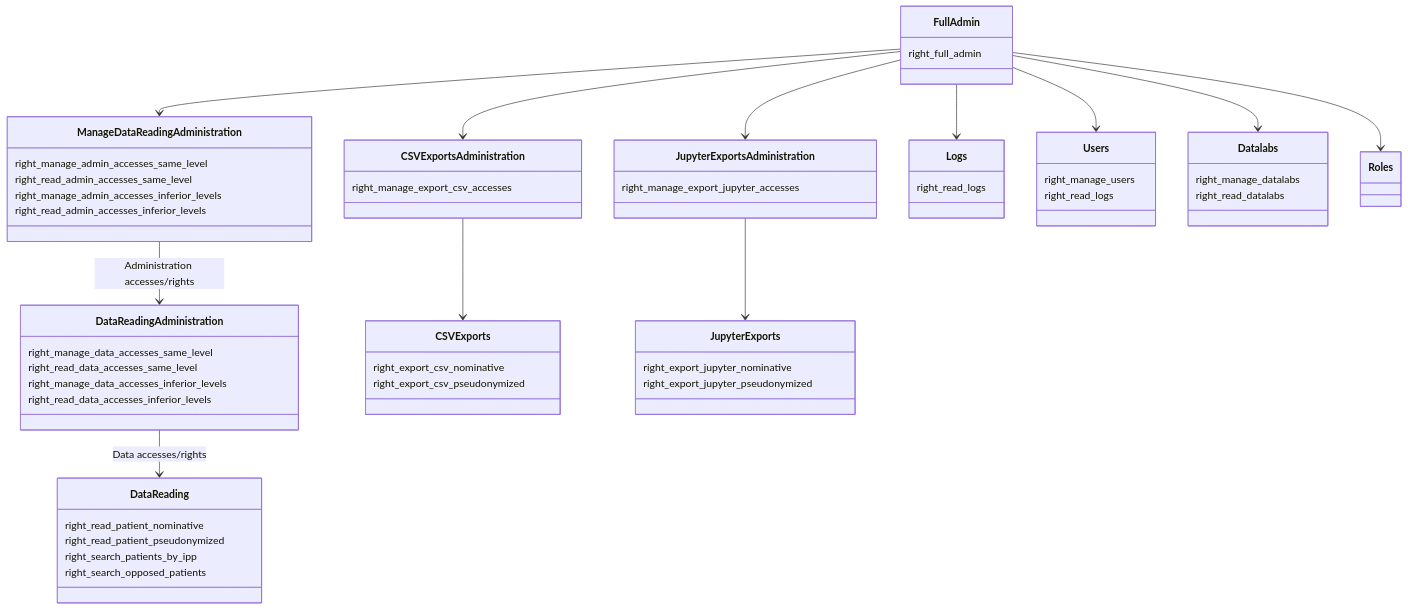
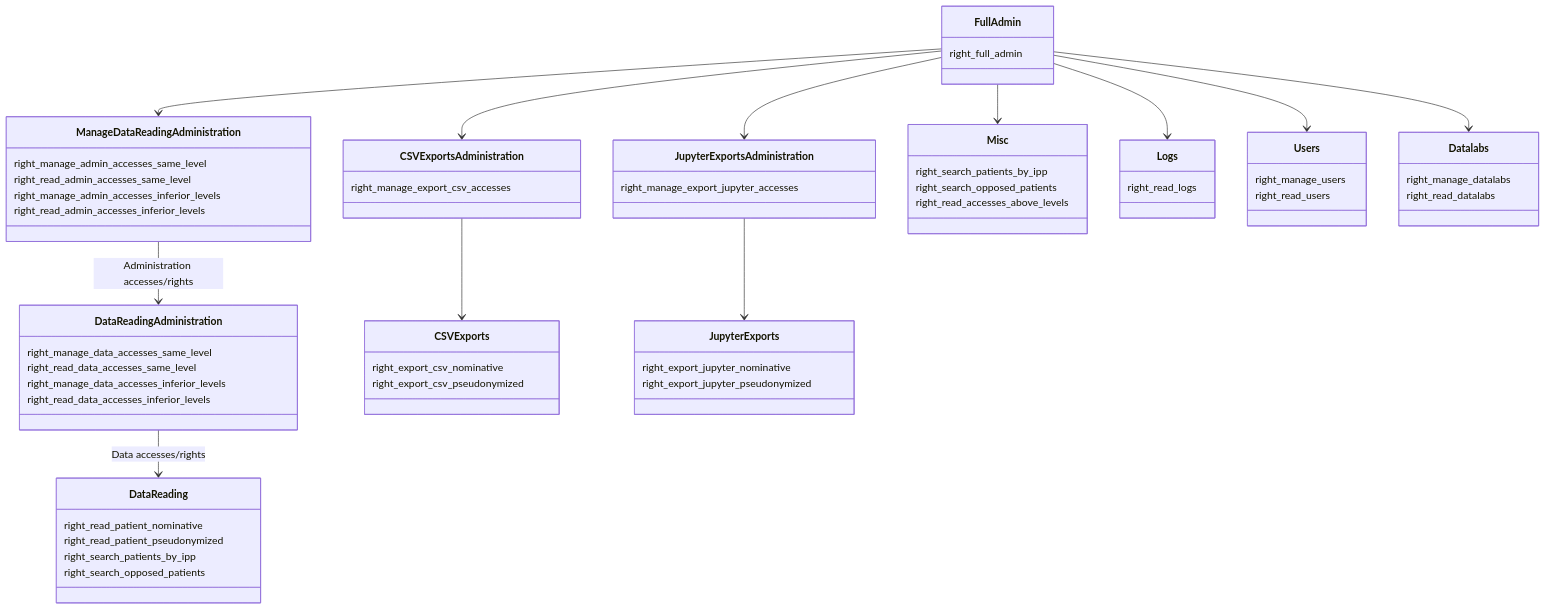
One commit to aphp/Cohort360-Back-end changed the first of 17 diagrams in accesses/rights_schema.md. Above: the diagram before and after it, drawn with Mermaid. The commit also changed 4 other files, not shown here.

Commit message:
refactor: redefine requirement for full_admin right

````diff
--- a/accesses/rights_schema.md
+++ b/accesses/rights_schema.md
@@ -1,65 +1,66 @@
 ```mermaid
 classDiagram
 class FullAdmin {
   right_full_admin
 }
 class ManageDataReadingAdministration {
   right_manage_admin_accesses_same_level
   right_read_admin_accesses_same_level
   right_manage_admin_accesses_inferior_levels
   right_read_admin_accesses_inferior_levels
 }
 class DataReadingAdministration {
   right_manage_data_accesses_same_level
   right_read_data_accesses_same_level
   right_manage_data_accesses_inferior_levels
   right_read_data_accesses_inferior_levels
 }
 class DataReading {
   right_read_patient_nominative
   right_read_patient_pseudonymized
   right_search_patients_by_ipp
   right_search_opposed_patients
 }
 class CSVExportsAdministration {
   right_manage_export_csv_accesses
 }
 class JupyterExportsAdministration {
   right_manage_export_jupyter_accesses
 }
 class CSVExports {
   right_export_csv_nominative
   right_export_csv_pseudonymized
 }
 class JupyterExports {
   right_export_jupyter_nominative
   right_export_jupyter_pseudonymized
 }
+class Misc {
+  right_search_patients_by_ipp
+  right_search_opposed_patients
+  right_read_accesses_above_levels
+}
 class Logs {
   right_read_logs
 }
 class Users {
   right_manage_users
-  right_read_logs
+  right_read_users
 }
 class Datalabs {
   right_manage_datalabs
   right_read_datalabs
 }
 
 FullAdmin --> ManageDataReadingAdministration
 ManageDataReadingAdministration --> DataReadingAdministration : Administration accesses/rights
 DataReadingAdministration --> DataReading : Data accesses/rights
 FullAdmin --> CSVExportsAdministration
 FullAdmin --> JupyterExportsAdministration
+FullAdmin --> Misc
 FullAdmin --> Logs
-FullAdmin --> Roles
 FullAdmin --> Users
 FullAdmin --> Datalabs
 CSVExportsAdministration-->CSVExports
 JupyterExportsAdministration-->JupyterExports
-Logs
-Roles
-Users
-Datalabs
 ```
````
